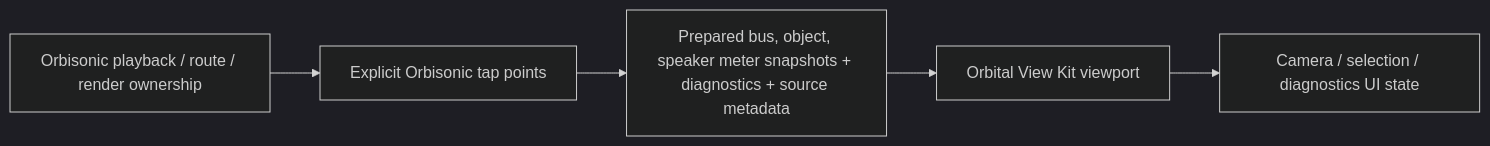
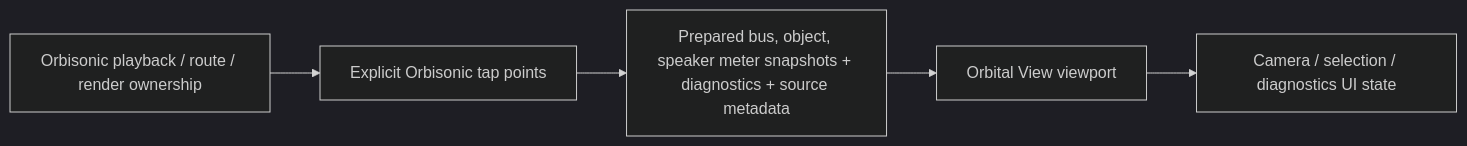
Before and after one commit to jebagu/orbital-view: diagram 11 of 20 in docs/system-flows.md, drawn with Mermaid (dark theme). The commit also changed other lines of this file and 22 other files, not shown here.

First line of the commit message:
Orbital View 1.0

````diff
--- a/docs/system-flows.md
+++ b/docs/system-flows.md
@@ -148,7 +148,7 @@
 ```mermaid
 flowchart LR
   Playback["Orbisonic playback / route / render ownership"] --> Taps["Explicit Orbisonic tap points"]
   Taps --> Prepared["Prepared bus, object, speaker meter snapshots + diagnostics + source metadata"]
-  Prepared --> Orbital["Orbital View Kit viewport"]
+  Prepared --> Orbital["Orbital View viewport"]
   Orbital --> UIEvents["Camera / selection / diagnostics UI state"]
 ```
````
